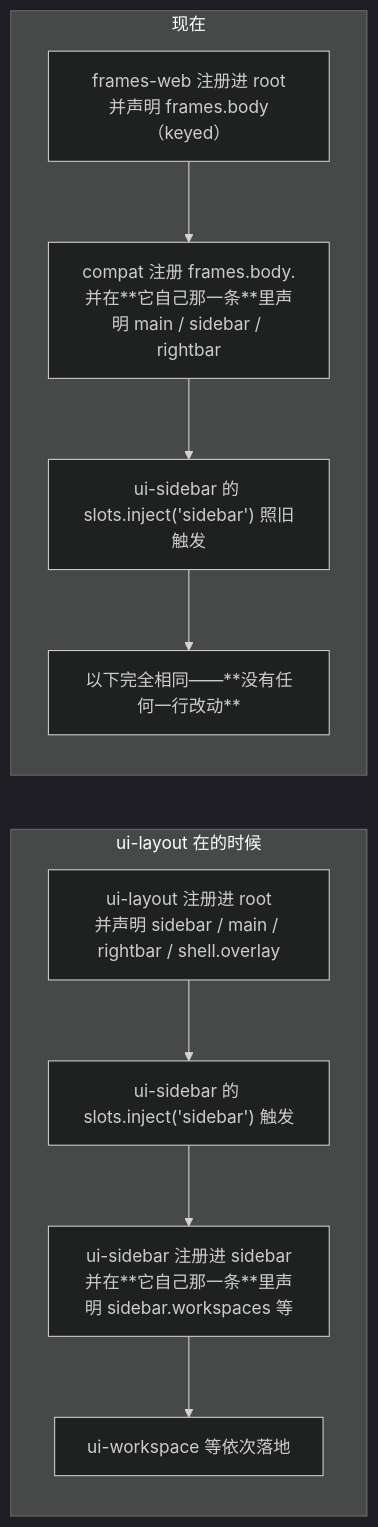
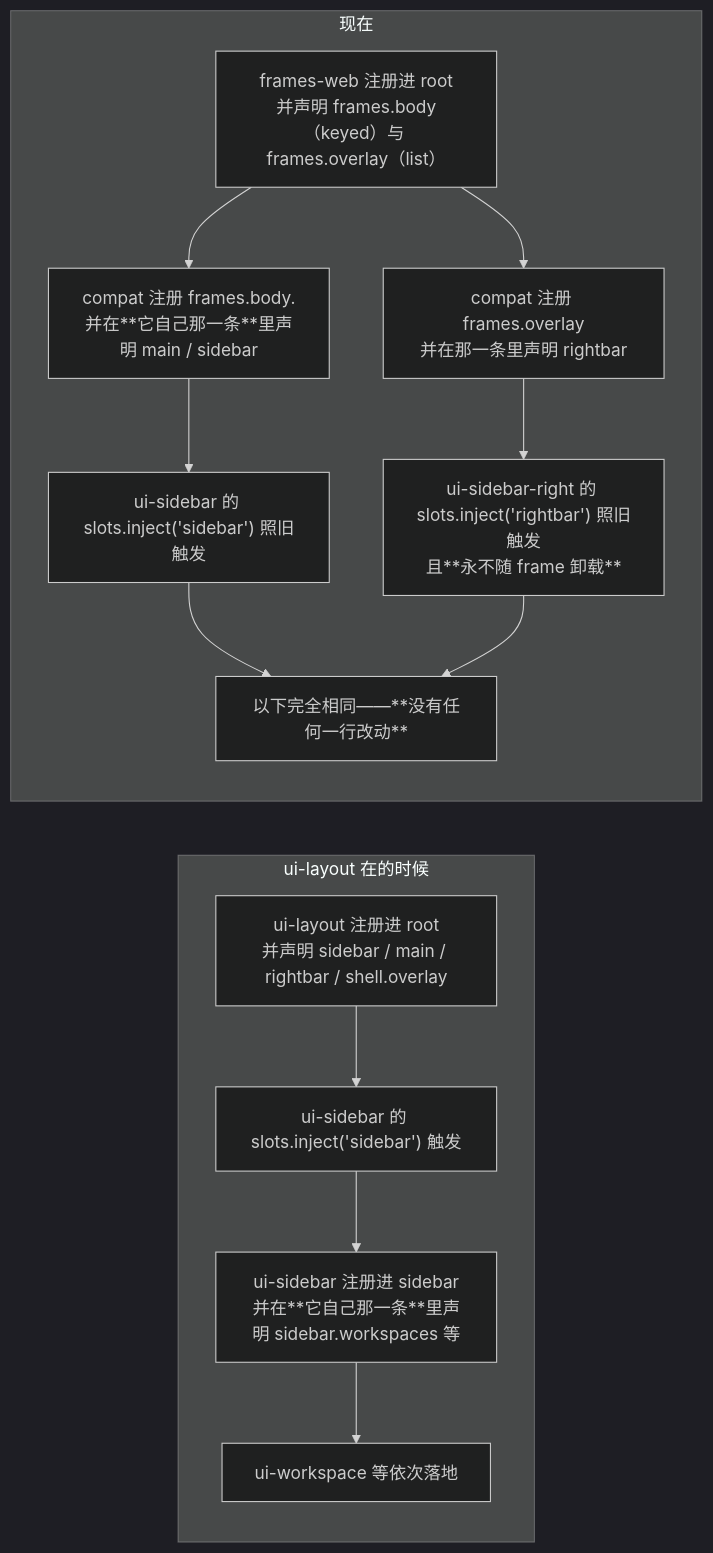
The second of 4 diagrams in DESIGN.md (AllenSue/dsh-frame-ui-compat), drawn with Mermaid (dark theme) before and after one commit. The commit also changed other lines of this file and 9 other files, not shown here.

````diff
--- a/DESIGN.md
+++ b/DESIGN.md
@@ -81,15 +90,18 @@
 ```mermaid
 flowchart LR
     subgraph before["ui-layout 在的时候"]
         B1["ui-layout 注册进 root<br/>并声明 sidebar / main / rightbar / shell.overlay"]
         B1 --> B2["ui-sidebar 的 slots.inject('sidebar') 触发"]
         B2 --> B3["ui-sidebar 注册进 sidebar<br/>并在**它自己那一条**里声明 sidebar.workspaces 等"]
         B3 --> B4["ui-workspace 等依次落地"]
     end
     subgraph after["现在"]
-        A1["frames-web 注册进 root<br/>并声明 frames.body（keyed）"]
-        A1 --> A2["compat 注册 frames.body.<br/>并在**它自己那一条**里声明 main / sidebar / rightbar"]
+        A1["frames-web 注册进 root<br/>并声明 frames.body（keyed）与 frames.overlay（list）"]
+        A1 --> A2["compat 注册 frames.body.<br/>并在**它自己那一条**里声明 main / sidebar"]
+        A1 --> A5["compat 注册 frames.overlay<br/>并在那一条里声明 rightbar"]
         A2 --> A3["ui-sidebar 的 slots.inject('sidebar') 照旧触发"]
+        A5 --> A6["ui-sidebar-right 的 slots.inject('rightbar') 照旧触发<br/>且**永不随 frame 卸载**"]
         A3 --> A4["以下完全相同——**没有任何一行改动**"]
+        A6 --> A4
     end
 ```
````
